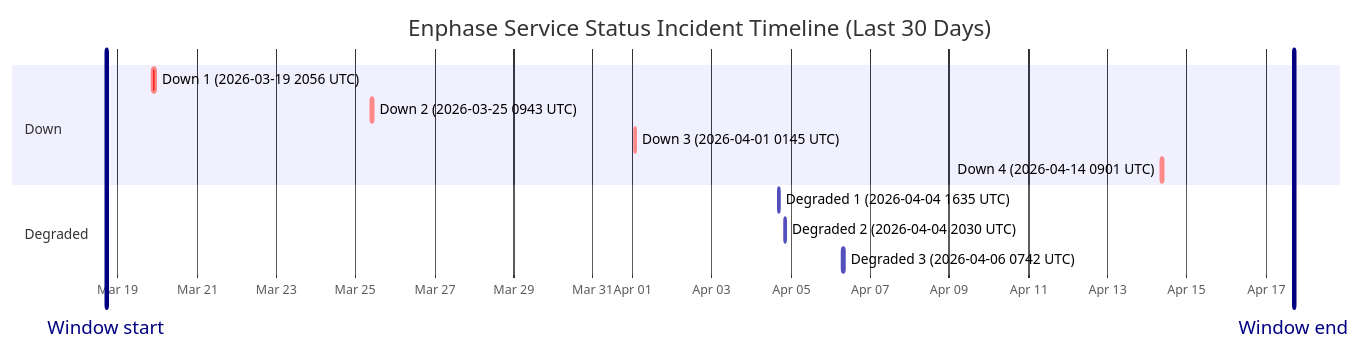
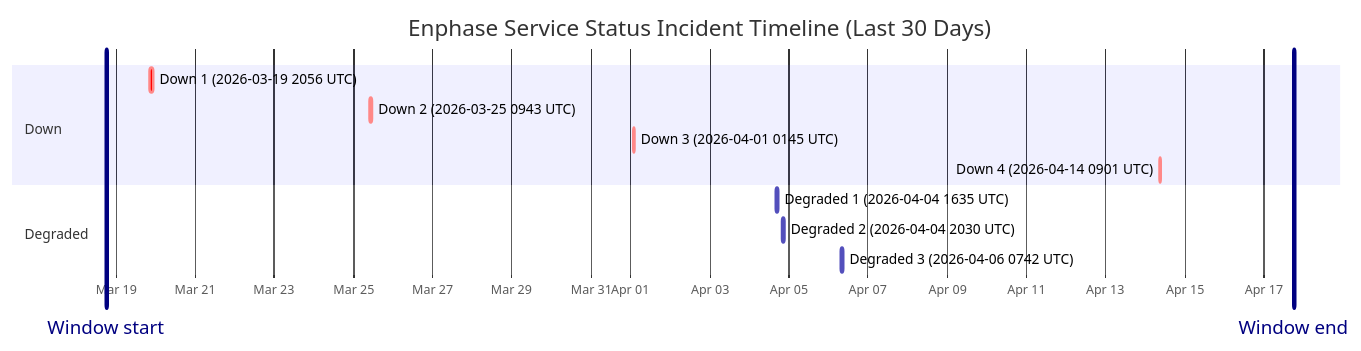
Before and after one commit to barneyonline/ha-enphase-ev-charger: the diagram in wiki/Service-Status-History.md, drawn with Mermaid. The commit also changed other lines of this file and 3 other files, not shown here.

````diff
--- a/wiki/Service-Status-History.md
+++ b/wiki/Service-Status-History.md
@@ -14,17 +14,17 @@
 ```mermaid
 gantt
     title Enphase Service Status Incident Timeline (Last 30 Days)
     dateFormat  YYYY-MM-DDTHH:mm:ss
     axisFormat  %b %d
-    Window start :vert, window-start, 2026-03-18T17:02:40, 0ms
-    Window end :vert, window-end, 2026-04-17T17:02:40, 0ms
+    Window start :vert, window-start, 2026-03-18T18:11:13, 0ms
+    Window end :vert, window-end, 2026-04-17T18:11:13, 0ms
     section Down
     Down 1 (2026-03-19 2056 UTC) :crit, down-1, 2026-03-19T20:56:20, 145m
     Down 2 (2026-03-25 0943 UTC) :crit, down-2, 2026-03-25T09:43:28, 111m
     Down 3 (2026-04-01 0145 UTC) :crit, down-3, 2026-04-01T01:45:09, 60m
     Down 4 (2026-04-14 0901 UTC) :crit, down-4, 2026-04-14T09:01:13, 60m
     section Degraded
     Degraded 1 (2026-04-04 1635 UTC) :active, degraded-1, 2026-04-04T16:35:17, 60m
     Degraded 2 (2026-04-04 2030 UTC) :active, degraded-2, 2026-04-04T20:30:40, 60m
     Degraded 3 (2026-04-06 0742 UTC) :active, degraded-3, 2026-04-06T07:42:09, 85m
 ```
````
